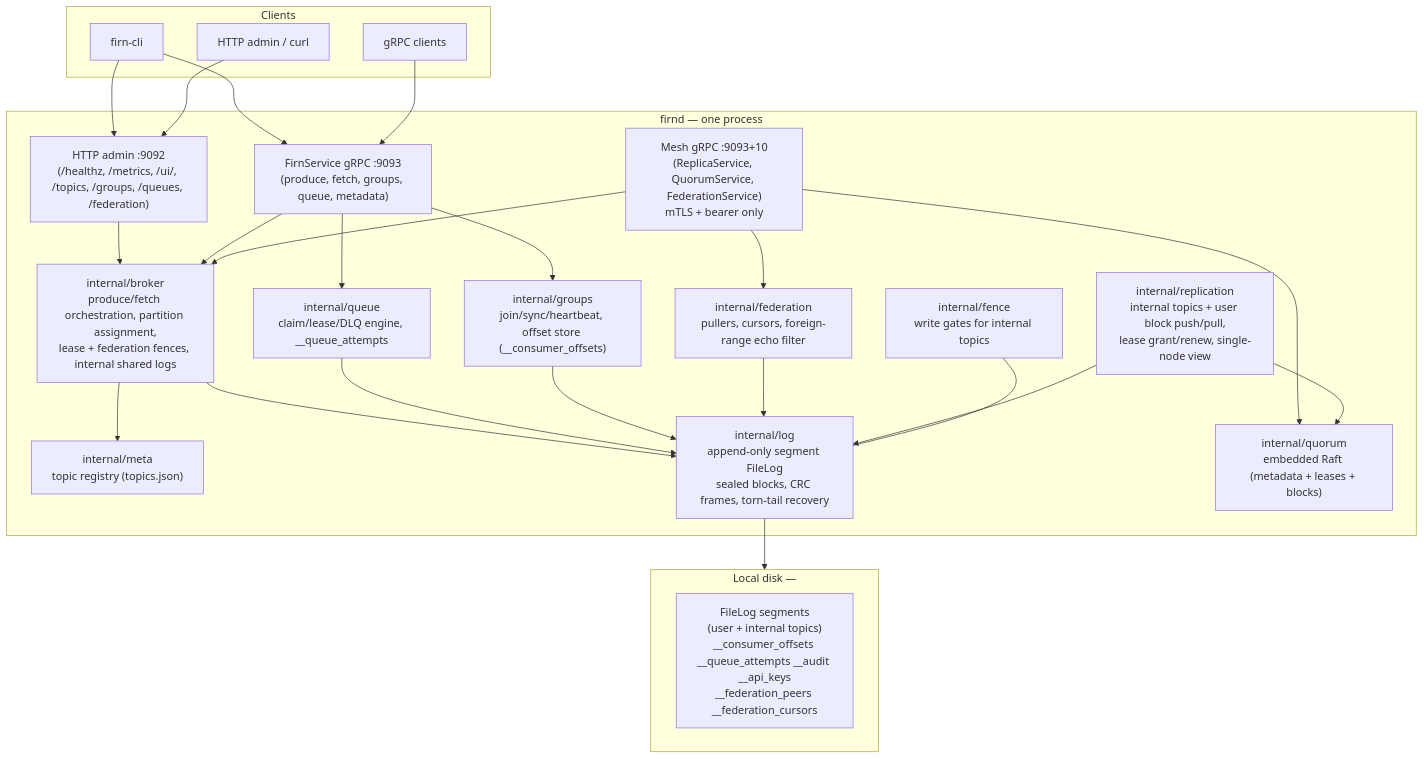
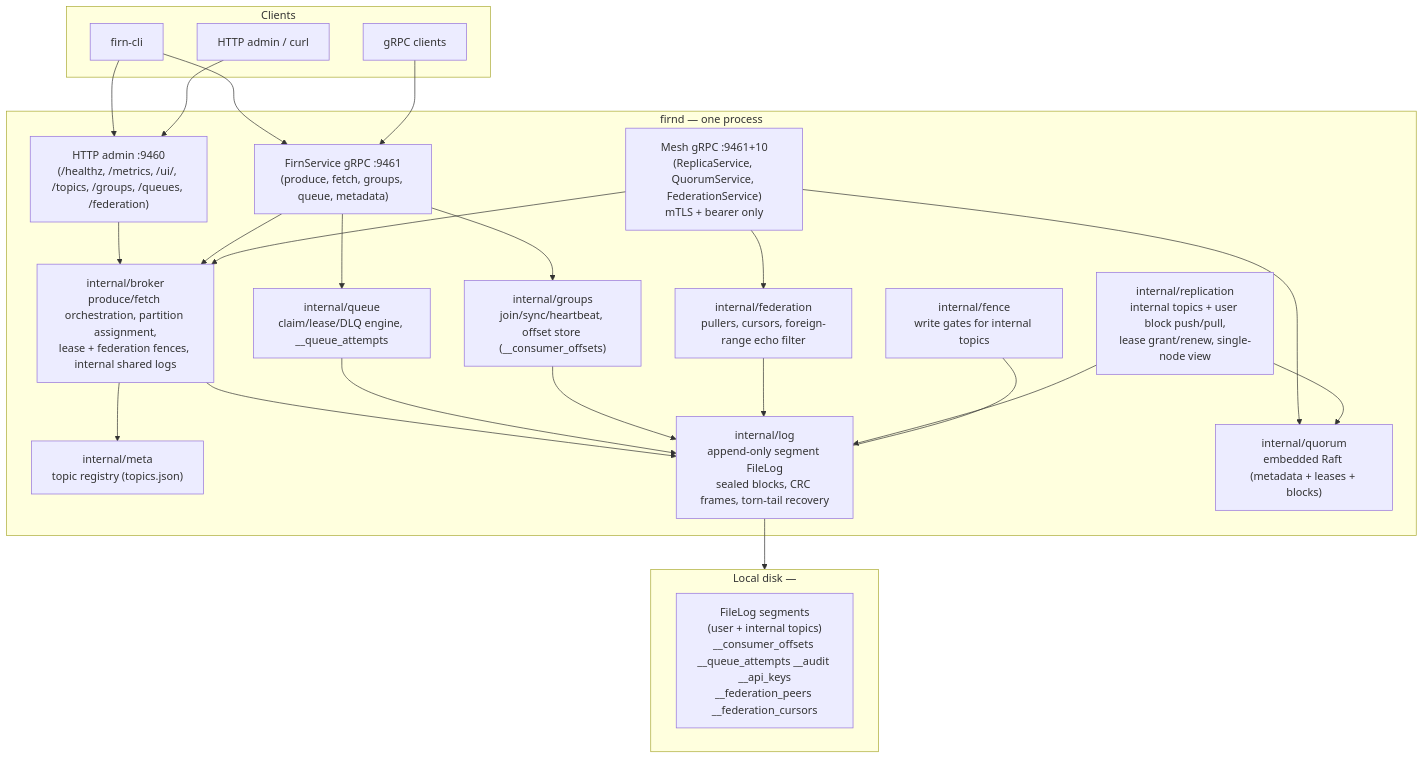
The first of 10 diagrams in docs/adr/012-architecture.md (rahulkj/firn), drawn with Mermaid before and after one commit. The commit also changed other lines of this file and 9 other files, not shown here.

````diff
--- a/docs/adr/012-architecture.md
+++ b/docs/adr/012-architecture.md
@@ -23,54 +23,54 @@
 ```mermaid
 flowchart TB
     subgraph clients[Clients]
         cli[firn-cli]
         grpcclient[gRPC clients]
         http[HTTP admin / curl]
     end
 
     subgraph firnd[firnd — one process]
-        httpapi["HTTP admin :9092<br/>(/healthz, /metrics, /ui/, /topics, /groups, /queues, /federation)"]
-        grpcapi["FirnService gRPC :9093<br/>(produce, fetch, groups, queue, metadata)"]
-        mesh["Mesh gRPC :9093+10<br/>(ReplicaService, QuorumService, FederationService)<br/>mTLS + bearer only"]
+        httpapi["HTTP admin :9460<br/>(/healthz, /metrics, /ui/, /topics, /groups, /queues, /federation)"]
+        grpcapi["FirnService gRPC :9461<br/>(produce, fetch, groups, queue, metadata)"]
+        mesh["Mesh gRPC :9461+10<br/>(ReplicaService, QuorumService, FederationService)<br/>mTLS + bearer only"]
 
         broker["internal/broker<br/>produce/fetch orchestration, partition assignment,<br/>lease + federation fences, internal shared logs"]
         queue["internal/queue<br/>claim/lease/DLQ engine, __queue_attempts"]
         groups["internal/groups<br/>join/sync/heartbeat, offset store (__consumer_offsets)"]
 
         meta["internal/meta<br/>topic registry (topics.json)"]
         flog["internal/log<br/>append-only segment FileLog<br/>sealed blocks, CRC frames, torn-tail recovery"]
 
         quorum["internal/quorum<br/>embedded Raft (metadata + leases + blocks)"]
         repl["internal/replication<br/>internal topics + user block push/pull,<br/>lease grant/renew, single-node view"]
         fed["internal/federation<br/>pullers, cursors, foreign-range echo filter"]
         fence["internal/fence<br/>write gates for internal topics"]
     end
 
     subgraph disk[Local disk — <data-dir>]
         filelog["FileLog segments<br/>(user + internal topics)<br/>__consumer_offsets __queue_attempts __audit __api_keys<br/>__federation_peers __federation_cursors"]
     end
 
     cli --> httpapi
     cli --> grpcapi
     http --> httpapi
     grpcclient --> grpcapi
 
     httpapi --> broker
     grpcapi --> broker
     grpcapi --> queue
     grpcapi --> groups
     mesh --> broker
     mesh --> quorum
     mesh --> fed
 
     broker --> meta
     broker --> flog
     queue --> flog
     groups --> flog
     fed --> flog
     repl --> quorum
     repl --> flog
     fence --- flog
 
     flog --> disk
 ```
````
